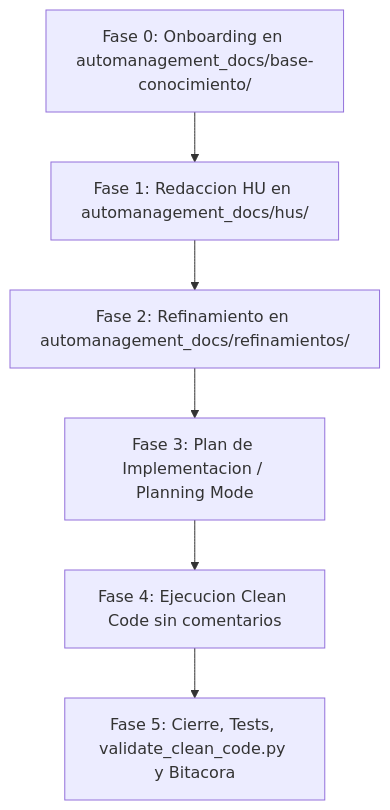
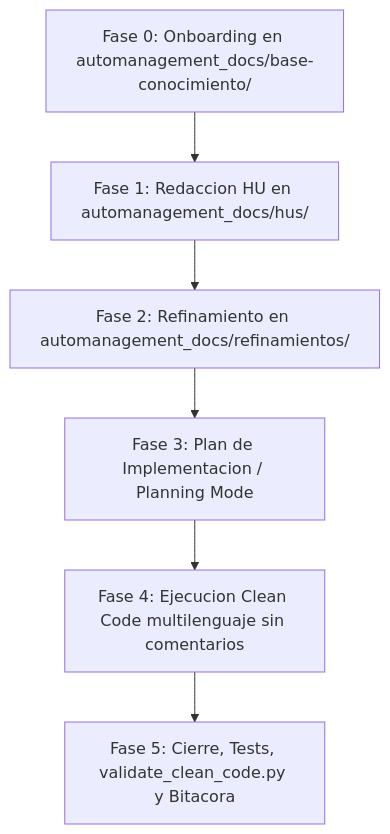
The diagram in SKILL.md (DanielHernandez627/skill_auto_management), drawn with Mermaid before and after one commit. The commit also changed other lines of this file and 20 other files, not shown here.

````diff
--- a/SKILL.md
+++ b/SKILL.md
@@ -44,8 +50,8 @@
 ```mermaid
 graph TD
     F0[Fase 0: Onboarding en automanagement_docs/base-conocimiento/] --> F1[Fase 1: Redaccion HU en automanagement_docs/hus/]
     F1 --> F2[Fase 2: Refinamiento en automanagement_docs/refinamientos/]
     F2 --> F3[Fase 3: Plan de Implementacion / Planning Mode]
-    F3 --> F4[Fase 4: Ejecucion Clean Code sin comentarios]
+    F3 --> F4[Fase 4: Ejecucion Clean Code multilenguaje sin comentarios]
     F4 --> F5[Fase 5: Cierre, Tests, validate_clean_code.py y Bitacora]
 ```
````
